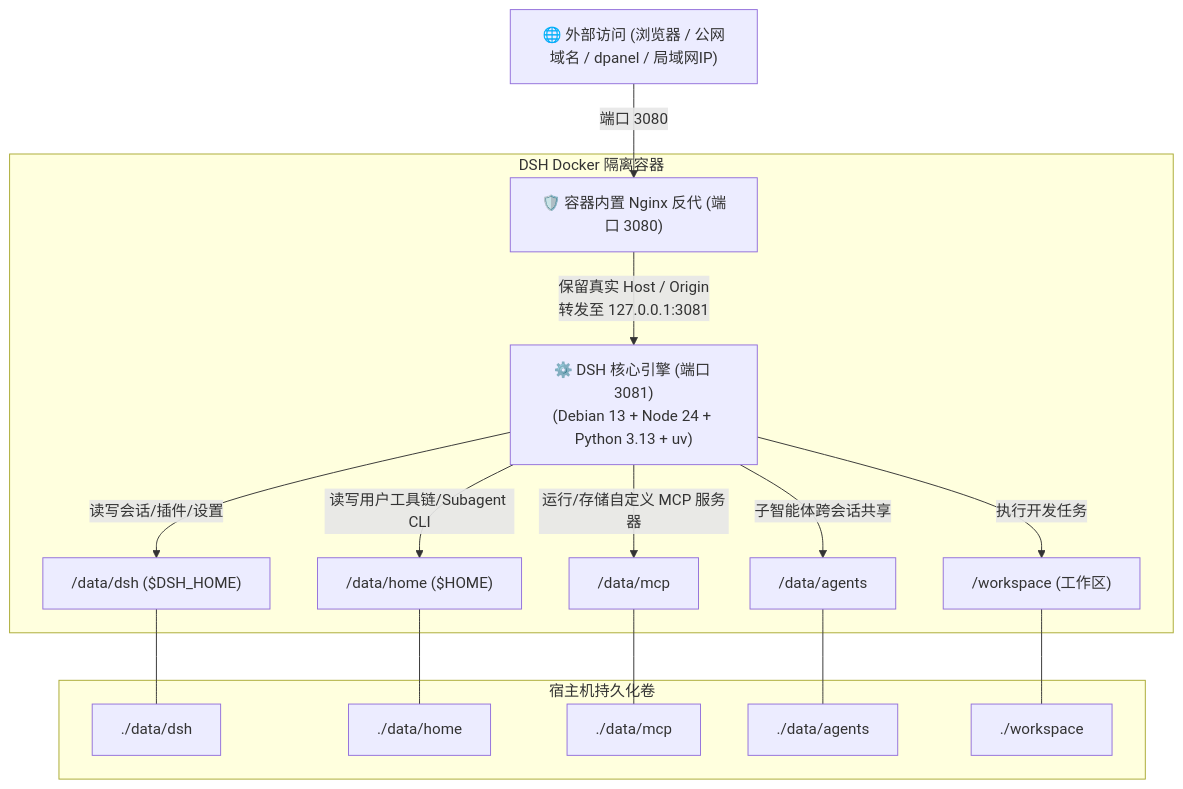
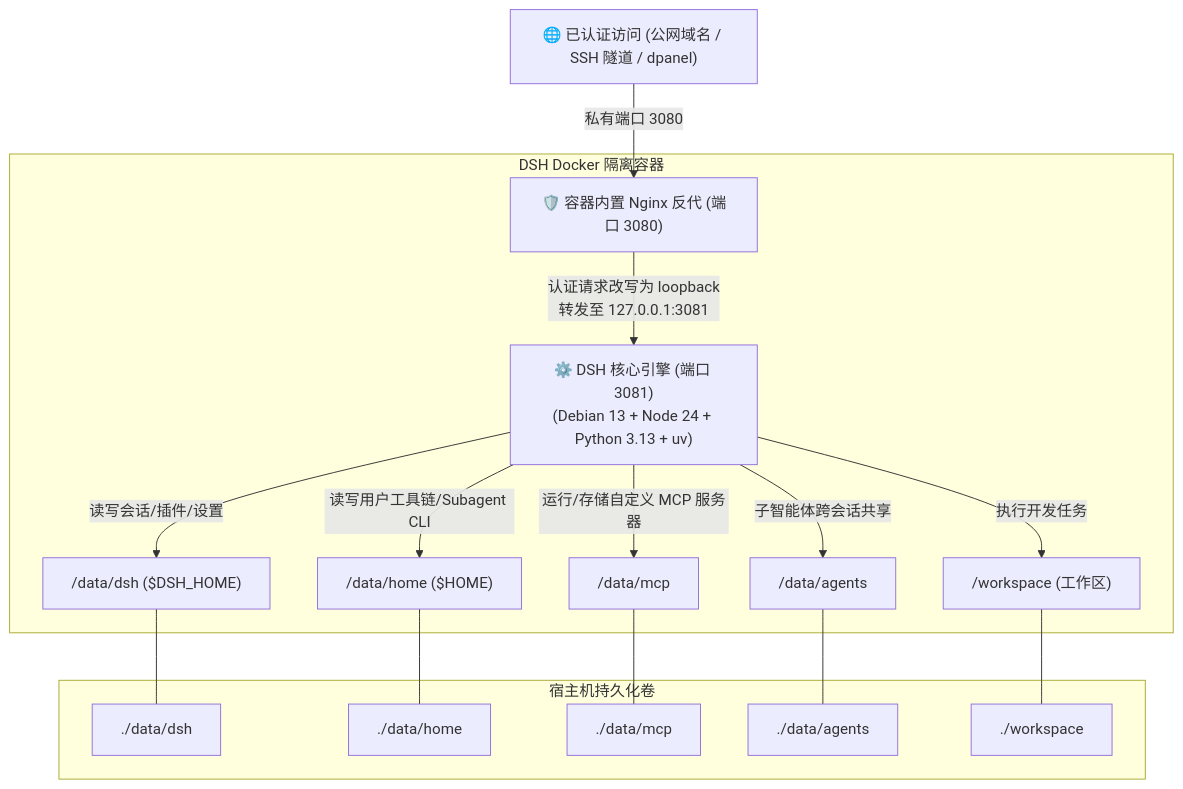
The diagram in README.md (univers629/dsh-docker), drawn with Mermaid before and after one commit. The commit also changed other lines of this file and 6 other files, not shown here.

````diff
--- a/README.md
+++ b/README.md
@@ -71,22 +71,22 @@
 ```mermaid
 graph TD
-    User["🌐 外部访问 (浏览器 / 公网域名 / dpanel / 局域网IP)"] -->|端口 3080| NGINX["🛡️ 容器内置 Nginx 反代 (端口 3080)"]
+    User["🌐 已认证访问 (公网域名 / SSH 隧道 / dpanel)"] -->|私有端口 3080| NGINX["🛡️ 容器内置 Nginx 反代 (端口 3080)"]
     
     subgraph DSH Docker 隔离容器
-        NGINX -->|保留真实 Host / Origin<br>转发至 127.0.0.1:3081| BACKEND["⚙️ DSH 核心引擎 (端口 3081)<br>(Debian 13 + Node 24 + Python 3.13 + uv)"]
+        NGINX -->|认证请求改写为 loopback<br>转发至 127.0.0.1:3081| BACKEND["⚙️ DSH 核心引擎 (端口 3081)<br>(Debian 13 + Node 24 + Python 3.13 + uv)"]
         
         BACKEND -->|读写会话/插件/设置| V1["/data/dsh ($DSH_HOME)"]
         BACKEND -->|读写用户工具链/Subagent CLI| V2["/data/home ($HOME)"]
         BACKEND -->|运行/存储自定义 MCP 服务器| V3["/data/mcp"]
         BACKEND -->|子智能体跨会话共享| V4["/data/agents"]
         BACKEND -->|执行开发任务| V5["/workspace (工作区)"]
     end
     
     subgraph 宿主机持久化卷
         V1 --- H1["./data/dsh"]
         V2 --- H2["./data/home"]
         V3 --- H3["./data/mcp"]
         V4 --- H4["./data/agents"]
         V5 --- H5["./workspace"]
     end
 ```
````
